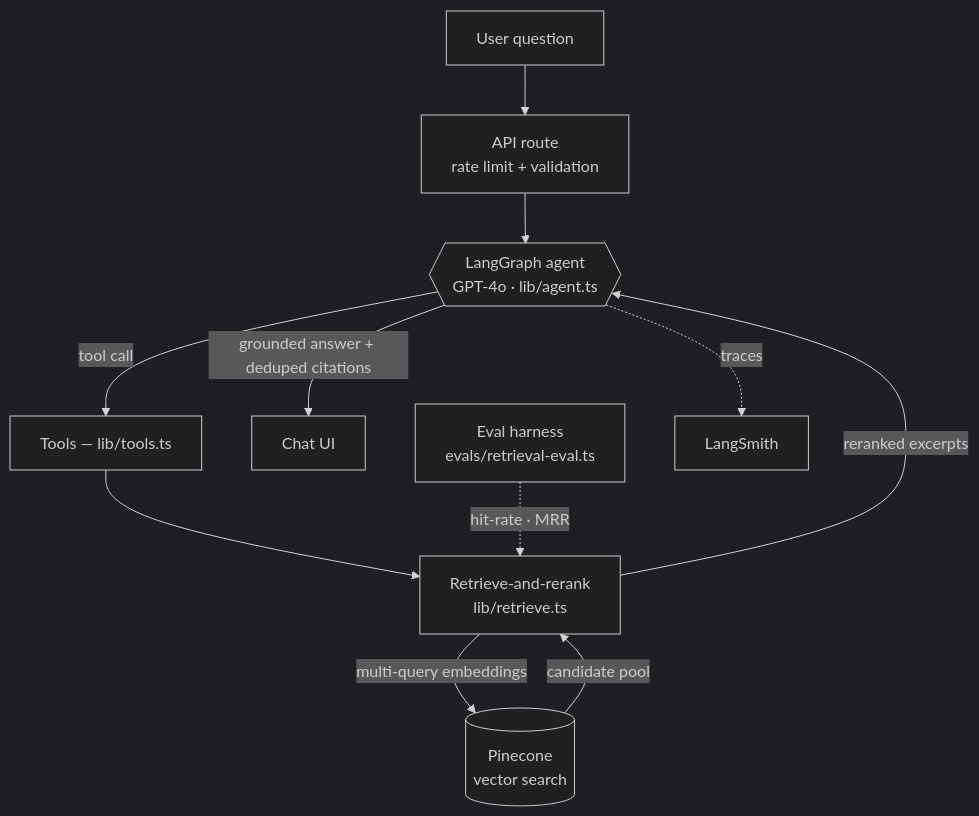
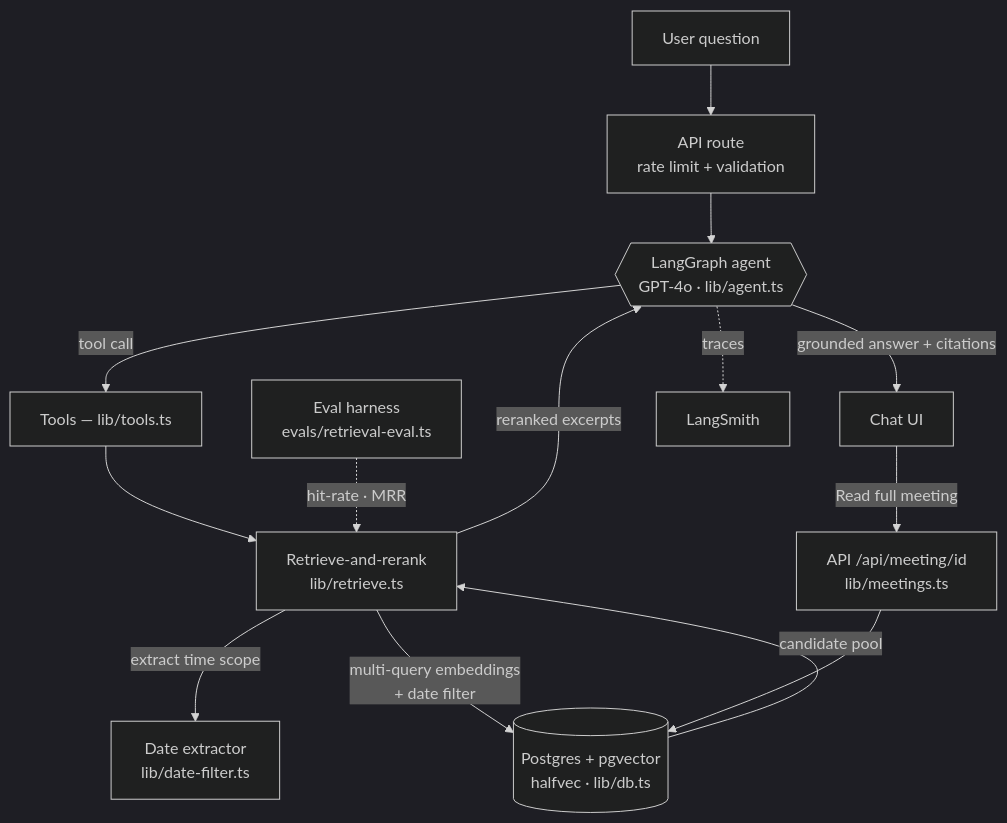
Before and after one commit to murguia/fedmin-chat: the diagram in README.md, drawn with Mermaid (dark theme). The commit also changed other lines of this file and 1 other file, not shown here.

First line of the commit message:
Update docs for Postgres backend, date hybrid, and meeting reader

````diff
--- a/README.md
+++ b/README.md
@@ -21,13 +23,16 @@
 ```mermaid
 flowchart TD
     U[User question] --> API[API route<br/>rate limit + validation]
     API --> LOOP{{LangGraph agent<br/>GPT-4o · lib/agent.ts}}
     LOOP -->|tool call| T[Tools — lib/tools.ts]
     T --> R[Retrieve-and-rerank<br/>lib/retrieve.ts]
-    R -->|multi-query embeddings| PC[(Pinecone<br/>vector search)]
-    PC -->|candidate pool| R
+    R -->|extract time scope| DF[Date extractor<br/>lib/date-filter.ts]
+    R -->|multi-query embeddings<br/>+ date filter| PG[(Postgres + pgvector<br/>halfvec · lib/db.ts)]
+    PG -->|candidate pool| R
     R -->|reranked excerpts| LOOP
-    LOOP -->|grounded answer + deduped citations| UI[Chat UI]
+    LOOP -->|grounded answer + citations| UI[Chat UI]
+    UI -->|Read full meeting| MR[API /api/meeting/id<br/>lib/meetings.ts]
+    MR --> PG
     EVAL[Eval harness<br/>evals/retrieval-eval.ts] -.->|hit-rate · MRR| R
     LOOP -.->|traces| LS[LangSmith]
 ```
````
